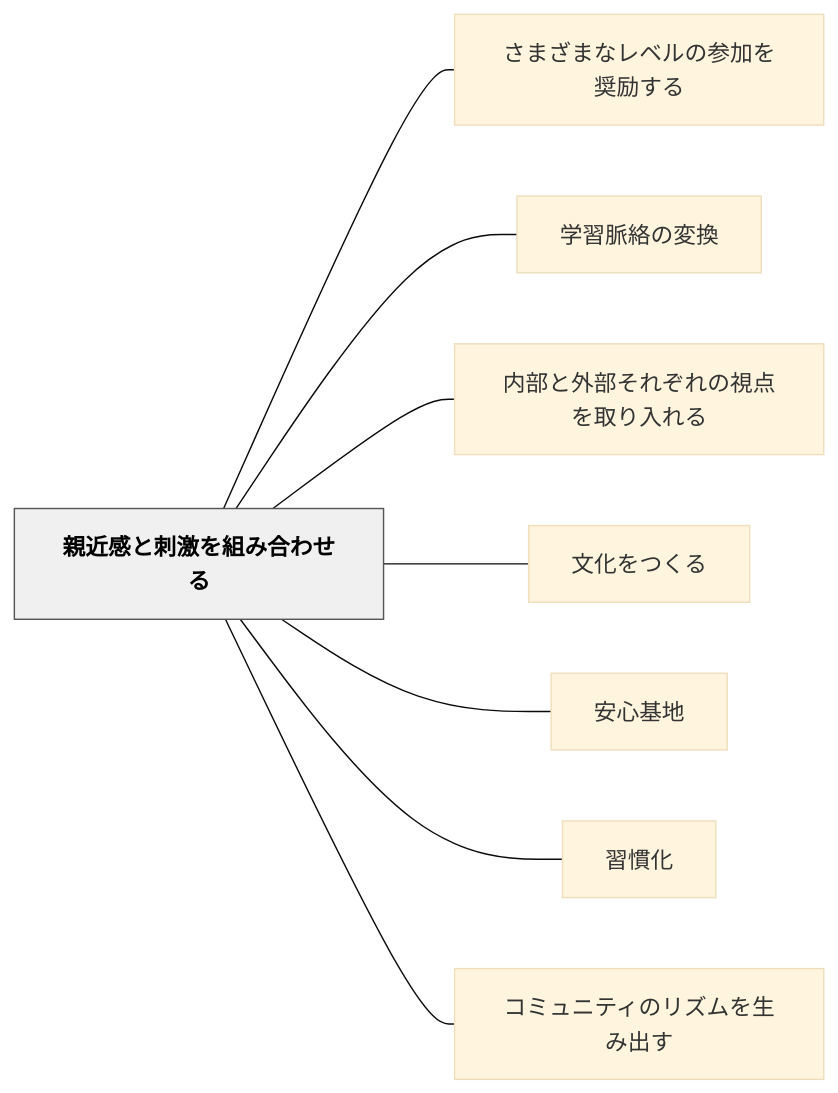
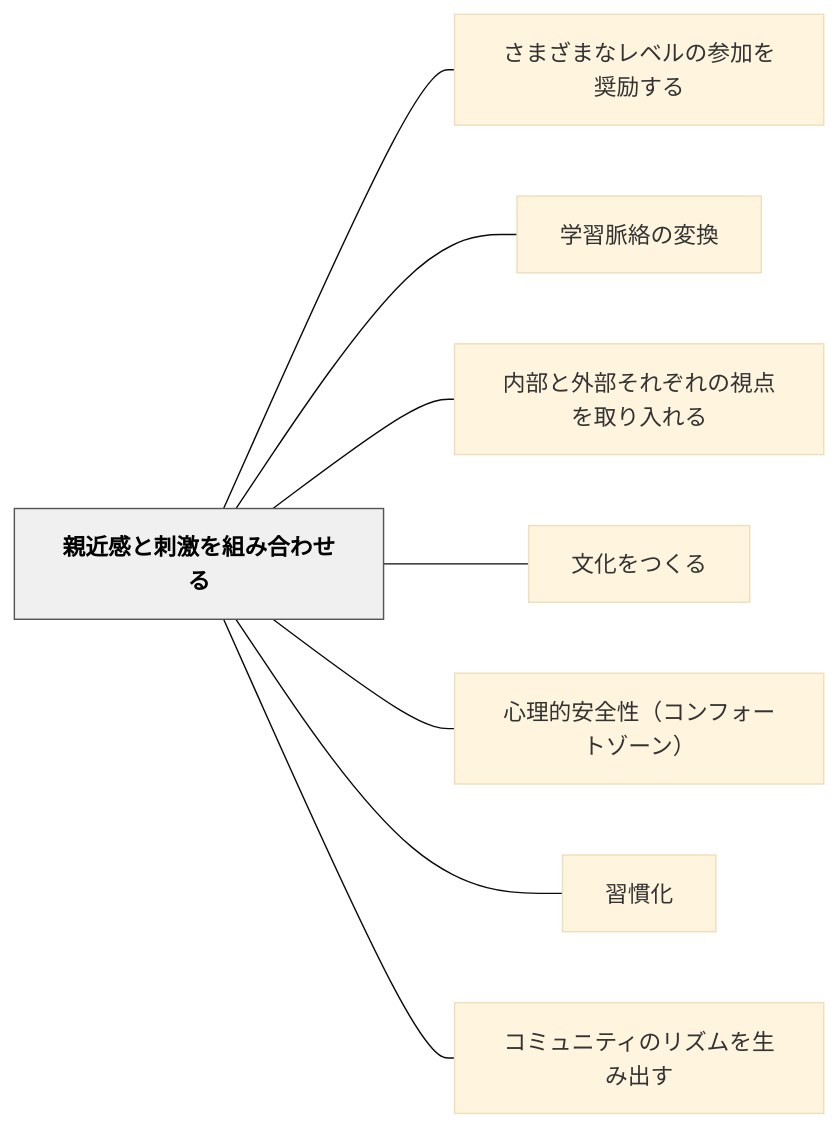
The diagram in content/パタン/親近感と刺激を組み合わせる.md (unknownthings-ed-patterns/unknownthings-ed-patterns), drawn with Mermaid (base theme) before and after one commit. The commit also changed other lines of this file and 30 other files, not shown here.

````diff
--- a/content/パタン/親近感と刺激を組み合わせる.md
+++ b/content/パタン/親近感と刺激を組み合わせる.md
@@ -62,22 +62,22 @@
 ```mermaid
 flowchart LR
     ne8a6aae8bf91e6849fe381a8e588bae6bf80e38292e7b584e381bfe59088e3828fe3819be3828b["親近感と刺激を組み合わせる"]
     ne38195e381bee38196e381bee381aae383ace38399e383abe381aee58f82e58aa0e38292e5a5a8e58ab1e38199e3828b["さまざまなレベルの参加を奨励する"]
     ne5ada6e7bf92e88488e7b5a1e381aee5a489e68f9b["学習脈絡の変換"]
     ne58685e983a8e381a8e5a496e983a8e3819de3828ce3819ee3828ce381aee8a696e782b9e38292e58f96e3828ae585a5e3828ce3828b["内部と外部それぞれの視点を取り入れる"]
     ne69687e58c96e38292e381a4e3818fe3828b["文化をつくる"]
-    ne5ae89e5bf83e59fbae59cb0["安心基地"]
+    ne5bf83e79086e79a84e5ae89e585a8e680a7efbc88e382b3e383b3e38395e382a9e383bce38388e382bee383bce383b3efbc89["心理的安全性（コンフォートゾーン）"]
     ne7bf92e685a3e58c96["習慣化"]
     ne382b3e3839fe383a5e3838be38386e382a3e381aee383aae382bae383a0e38292e7949fe381bfe587bae38199["コミュニティのリズムを生み出す"]
 
     ne8a6aae8bf91e6849fe381a8e588bae6bf80e38292e7b584e381bfe59088e3828fe3819be3828b --- ne38195e381bee38196e381bee381aae383ace38399e383abe381aee58f82e58aa0e38292e5a5a8e58ab1e38199e3828b
     ne8a6aae8bf91e6849fe381a8e588bae6bf80e38292e7b584e381bfe59088e3828fe3819be3828b --- ne5ada6e7bf92e88488e7b5a1e381aee5a489e68f9b
     ne8a6aae8bf91e6849fe381a8e588bae6bf80e38292e7b584e381bfe59088e3828fe3819be3828b --- ne58685e983a8e381a8e5a496e983a8e3819de3828ce3819ee3828ce381aee8a696e782b9e38292e58f96e3828ae585a5e3828ce3828b
     ne8a6aae8bf91e6849fe381a8e588bae6bf80e38292e7b584e381bfe59088e3828fe3819be3828b --- ne69687e58c96e38292e381a4e3818fe3828b
-    ne8a6aae8bf91e6849fe381a8e588bae6bf80e38292e7b584e381bfe59088e3828fe3819be3828b --- ne5ae89e5bf83e59fbae59cb0
+    ne8a6aae8bf91e6849fe381a8e588bae6bf80e38292e7b584e381bfe59088e3828fe3819be3828b --- ne5bf83e79086e79a84e5ae89e585a8e680a7efbc88e382b3e383b3e38395e382a9e383bce38388e382bee383bce383b3efbc89
     ne8a6aae8bf91e6849fe381a8e588bae6bf80e38292e7b584e381bfe59088e3828fe3819be3828b --- ne7bf92e685a3e58c96
     ne8a6aae8bf91e6849fe381a8e588bae6bf80e38292e7b584e381bfe59088e3828fe3819be3828b --- ne382b3e3839fe383a5e3838be38386e382a3e381aee383aae382bae383a0e38292e7949fe381bfe587bae38199
 
     classDef hub fill:#f0f0f0,stroke:#555,color:#000,font-weight:bold
     class ne8a6aae8bf91e6849fe381a8e588bae6bf80e38292e7b584e381bfe59088e3828fe3819be3828b hub
 ```
````
